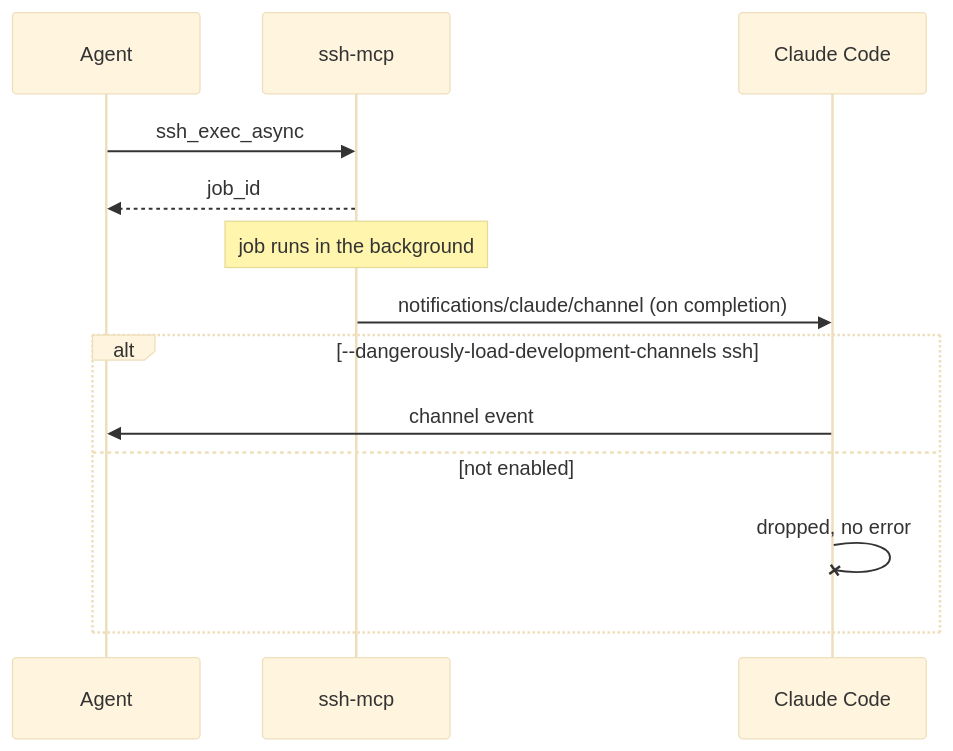
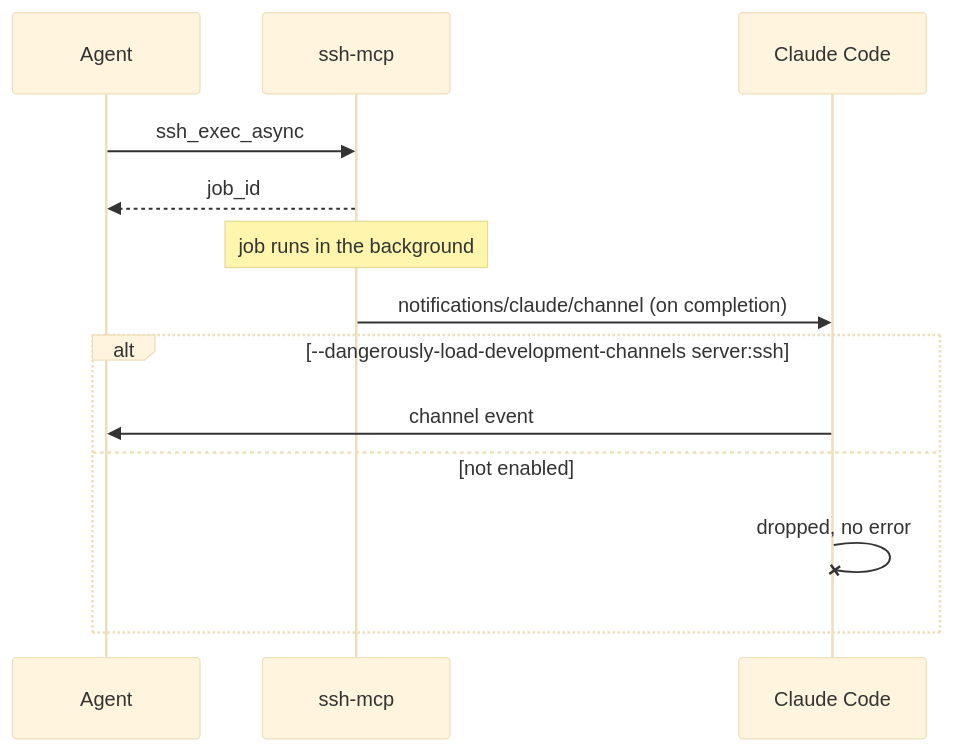
The diagram in README.md (bojanrajkovic/ssh-mcp), drawn with Mermaid (base theme) before and after one commit. The commit also changed other lines of this file, not shown here.

First line of the commit message:
docs: fix the enable-channels flag syntax to server:ssh

````diff
--- a/README.md
+++ b/README.md
@@ -110,16 +110,16 @@
 ```mermaid
 sequenceDiagram
     participant Agent
     participant ssh-mcp
     participant Client as Claude Code
 
     Agent->>ssh-mcp: ssh_exec_async
     ssh-mcp-->>Agent: job_id
     Note over ssh-mcp: job runs in the background
     ssh-mcp->>Client: notifications/claude/channel (on completion)
-    alt --dangerously-load-development-channels ssh
+    alt --dangerously-load-development-channels server:ssh
         Client->>Agent: channel event
     else not enabled
         Client-xClient: dropped, no error
     end
 ```
````
